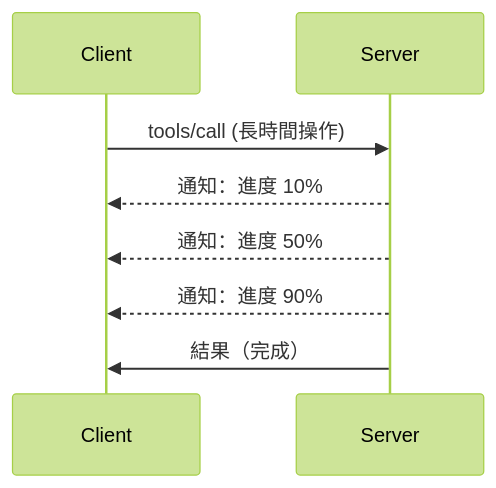
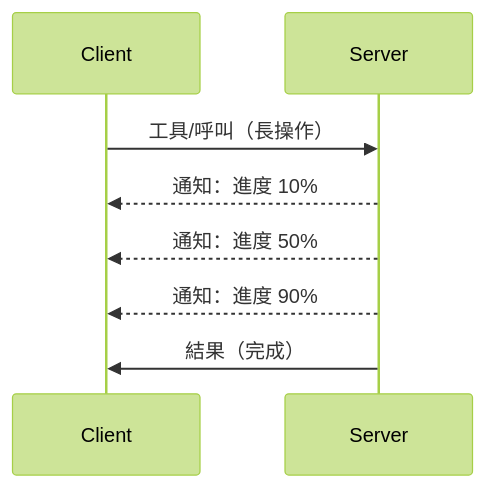
Before and after one commit to HIDORAKAI002/ai-workspace-archive: the diagram in mcp_ecosystem__model_context_protocol/mcp_learning_resources/mcp-for-beginners/translations/zh-MO/05-AdvancedTopics/mcp-protocol-features/README.md, drawn with Mermaid (forest theme). The commit also changed other lines of this file and 1046 other files, not shown here.

````diff
--- a/mcp_ecosystem__model_context_protocol/mcp_learning_resources/mcp-for-beginners/translations/zh-MO/05-AdvancedTopics/mcp-protocol-features/README.md
+++ b/mcp_ecosystem__model_context_protocol/mcp_learning_resources/mcp-for-beginners/translations/zh-MO/05-AdvancedTopics/mcp-protocol-features/README.md
@@ -22,11 +24,11 @@
 ```mermaid
 sequenceDiagram
     participant Client
     participant Server
     
-    Client->>Server: tools/call (長時間操作)
+    Client->>Server: 工具/呼叫（長操作）
     Server-->>Client: 通知：進度 10%
     Server-->>Client: 通知：進度 50%
     Server-->>Client: 通知：進度 90%
     Server->>Client: 結果（完成）
 ```
````
